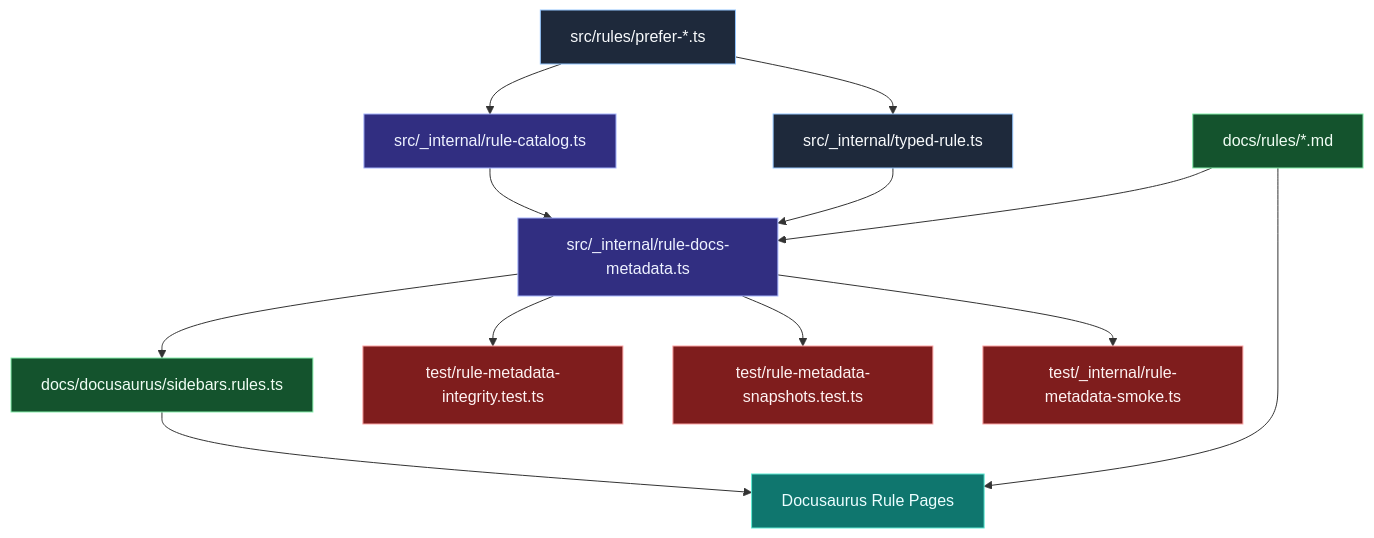
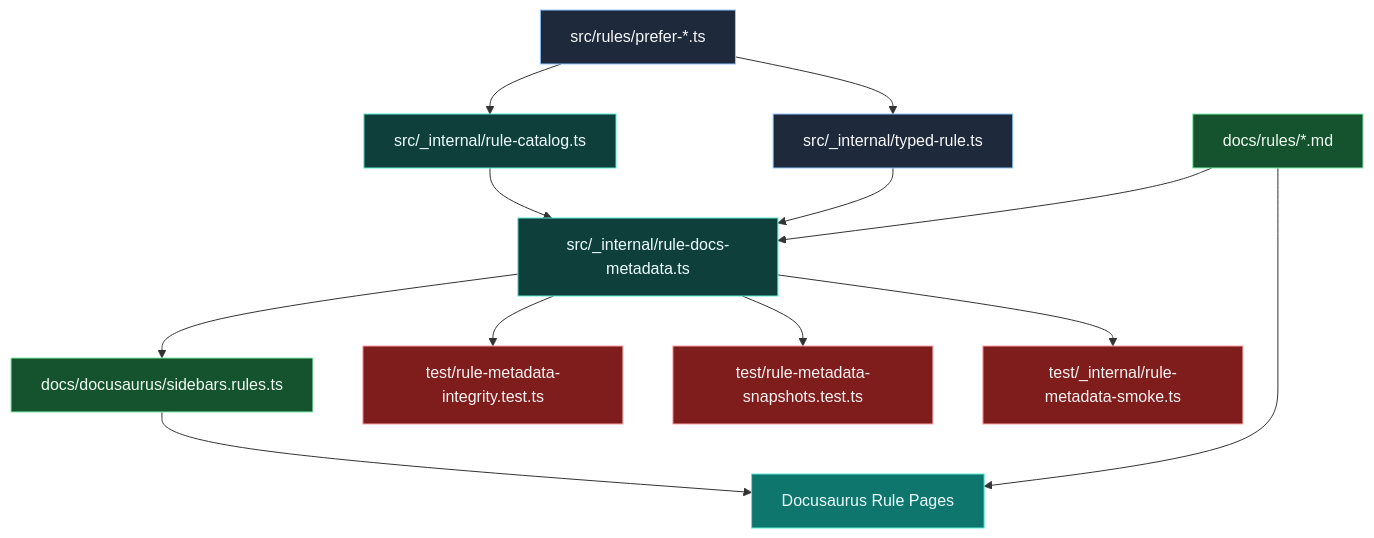
One commit to Nick2bad4u/eslint-plugin-runtime-cleanup changed the diagram in docs/docusaurus/site-docs/developer/charts/rule-catalog-and-doc-sync.md. Above: the diagram before and after it, drawn with Mermaid. The commit also changed 46 other files, not shown here.

````diff
--- a/docs/docusaurus/site-docs/developer/charts/rule-catalog-and-doc-sync.md
+++ b/docs/docusaurus/site-docs/developer/charts/rule-catalog-and-doc-sync.md
@@ -11,39 +11,39 @@
 ```mermaid
 flowchart TB
     classDef src fill:#1e293b,stroke:#93c5fd,color:#f8fafc,stroke-width:1px
-    classDef catalog fill:#312e81,stroke:#a5b4fc,color:#eef2ff,stroke-width:1px
+    classDef catalog fill:#0f3f3b,stroke:#5eead4,color:#ecfeff,stroke-width:1px
     classDef docs fill:#14532d,stroke:#86efac,color:#f0fdf4,stroke-width:1px
     classDef tests fill:#7f1d1d,stroke:#fca5a5,color:#fef2f2,stroke-width:1px
     classDef output fill:#0f766e,stroke:#5eead4,color:#ecfeff,stroke-width:1px
 
     RuleSource[src/rules/prefer-*.ts]
     TypedRule[src/_internal/typed-rule.ts]
     RuleCatalog[src/_internal/rule-catalog.ts]
     RuleDocsMetadata[src/_internal/rule-docs-metadata.ts]
     RuleDocs[docs/rules/*.md]
     RuleSidebar[docs/docusaurus/sidebars.rules.ts]
     IntegrityTests[test/rule-metadata-integrity.test.ts]
     SnapshotTests[test/rule-metadata-snapshots.test.ts]
     SmokeTests[test/_internal/rule-metadata-smoke.ts]
     BuiltDocs[Docusaurus Rule Pages]
 
     RuleSource --> TypedRule
     RuleSource --> RuleCatalog
     RuleCatalog --> RuleDocsMetadata
     TypedRule --> RuleDocsMetadata
     RuleDocs --> RuleDocsMetadata
     RuleDocsMetadata --> RuleSidebar
     RuleSidebar --> BuiltDocs
 
     RuleDocsMetadata --> IntegrityTests
     RuleDocsMetadata --> SnapshotTests
     RuleDocsMetadata --> SmokeTests
 
     RuleDocs --> BuiltDocs
 
     class RuleSource,TypedRule src
     class RuleCatalog,RuleDocsMetadata catalog
     class RuleDocs,RuleSidebar docs
     class IntegrityTests,SnapshotTests,SmokeTests tests
     class BuiltDocs output
 ```
````
